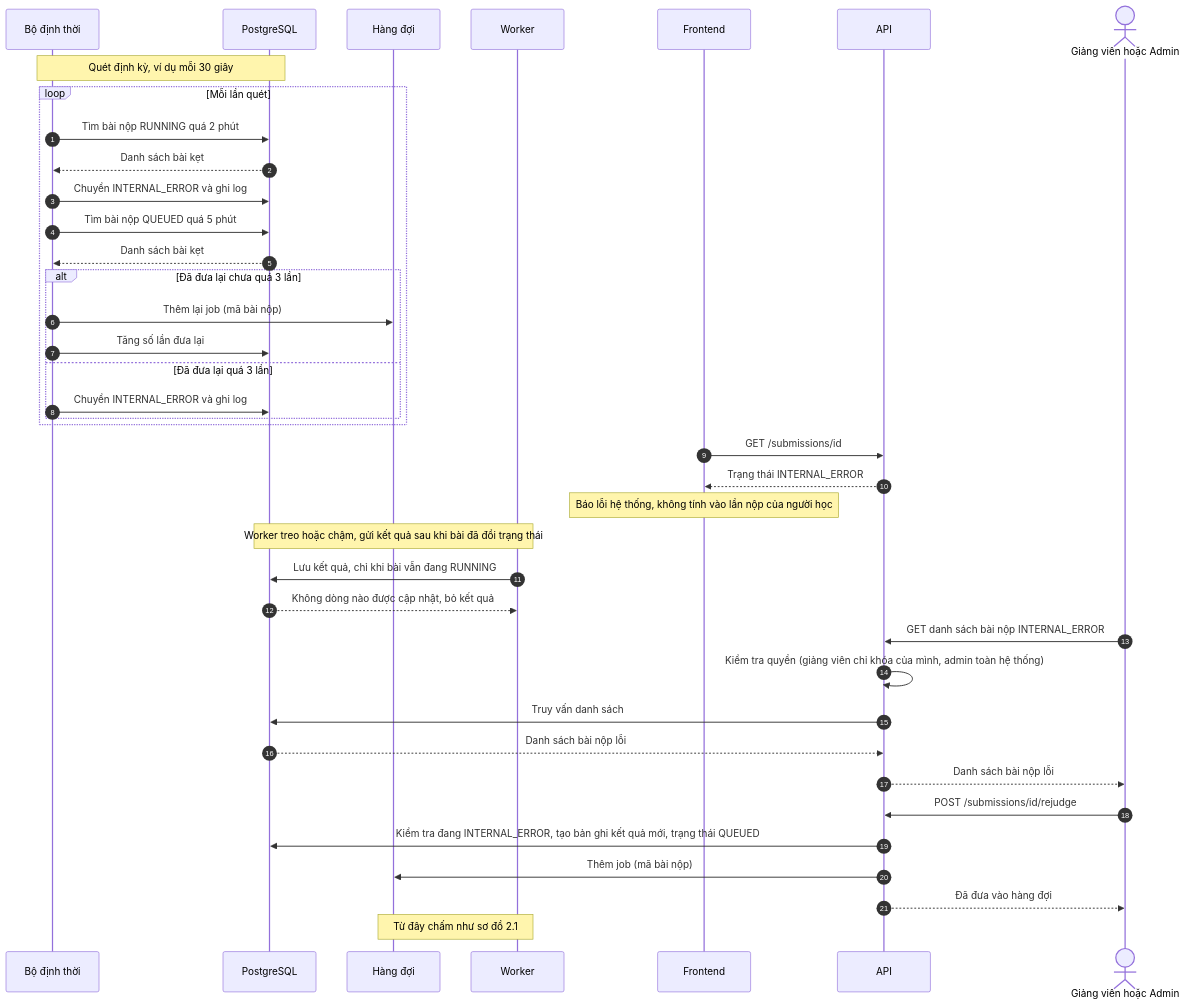
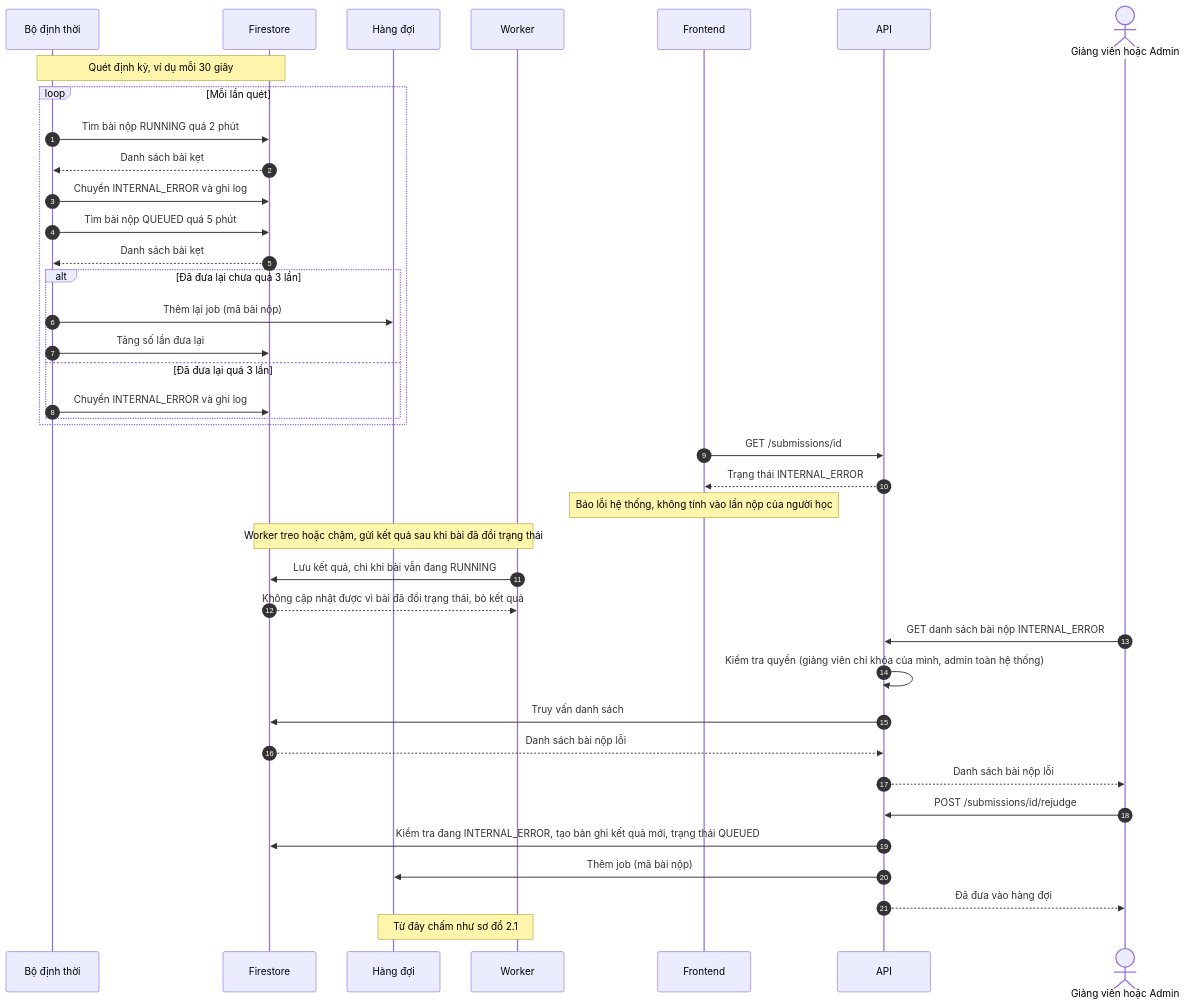
The second of 13 diagrams in docs/sequence-diagram.md (krisaleth/codepath), drawn with Mermaid before and after one commit. The commit also changed other lines of this file and 9 other files, not shown here.

First line of the commit message:
docs: đổi cơ sở dữ liệu từ PostgreSQL và Prisma sang Cloud Firestore

````diff
--- a/docs/sequence-diagram.md
+++ b/docs/sequence-diagram.md
@@ -134,45 +144,45 @@
 ```mermaid
 sequenceDiagram
   autonumber
   participant S as Bộ định thời
-  participant DB as PostgreSQL
+  participant DB as Firestore
   participant Q as Hàng đợi
   participant W as Worker
   participant FE as Frontend
   participant API as API
   actor ST as Giảng viên hoặc Admin
 
   Note over S,DB: Quét định kỳ, ví dụ mỗi 30 giây
   loop Mỗi lần quét
     S->>DB: Tìm bài nộp RUNNING quá 2 phút
     DB-->>S: Danh sách bài kẹt
     S->>DB: Chuyển INTERNAL_ERROR và ghi log
     S->>DB: Tìm bài nộp QUEUED quá 5 phút
     DB-->>S: Danh sách bài kẹt
     alt Đã đưa lại chưa quá 3 lần
       S->>Q: Thêm lại job (mã bài nộp)
       S->>DB: Tăng số lần đưa lại
     else Đã đưa lại quá 3 lần
       S->>DB: Chuyển INTERNAL_ERROR và ghi log
     end
   end
 
   FE->>API: GET /submissions/id
   API-->>FE: Trạng thái INTERNAL_ERROR
   Note over FE: Báo lỗi hệ thống, không tính vào lần nộp của người học
 
   Note over W,DB: Worker treo hoặc chậm, gửi kết quả sau khi bài đã đổi trạng thái
   W->>DB: Lưu kết quả, chỉ khi bài vẫn đang RUNNING
-  DB-->>W: Không dòng nào được cập nhật, bỏ kết quả
+  DB-->>W: Không cập nhật được vì bài đã đổi trạng thái, bỏ kết quả
 
   ST->>API: GET danh sách bài nộp INTERNAL_ERROR
   API->>API: Kiểm tra quyền (giảng viên chỉ khóa của mình, admin toàn hệ thống)
   API->>DB: Truy vấn danh sách
   DB-->>API: Danh sách bài nộp lỗi
   API-->>ST: Danh sách bài nộp lỗi
   ST->>API: POST /submissions/id/rejudge
   API->>DB: Kiểm tra đang INTERNAL_ERROR, tạo bản ghi kết quả mới, trạng thái QUEUED
   API->>Q: Thêm job (mã bài nộp)
   API-->>ST: Đã đưa vào hàng đợi
   Note over Q,W: Từ đây chấm như sơ đồ 2.1
 ```
````
